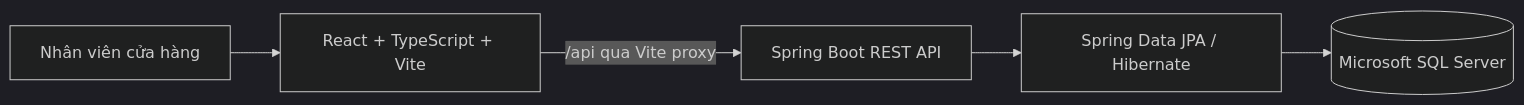
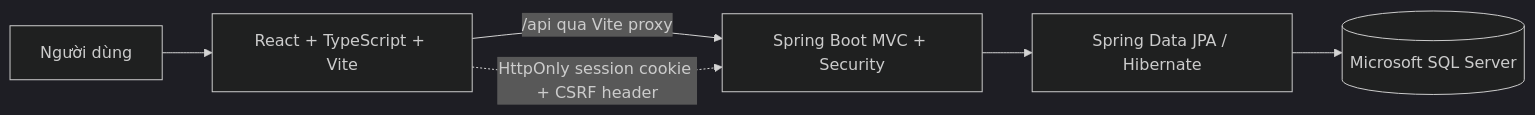
One commit to 23020717TranThuanVy/ShopSphere-E-commerce-Management-System changed the diagram in shopsphere/docs/system-architecture.md. Above: the diagram before and after it, drawn with Mermaid (dark theme). The commit also changed other lines of this file and 38 other files, not shown here.

````diff
--- a/shopsphere/docs/system-architecture.md
+++ b/shopsphere/docs/system-architecture.md
@@ -9,7 +9,8 @@
 ```mermaid
 flowchart LR
-  User[Nhân viên cửa hàng] --> FE[React + TypeScript + Vite]
-  FE -->|/api qua Vite proxy| API[Spring Boot REST API]
+  User[Người dùng] --> FE[React + TypeScript + Vite]
+  FE -->|/api qua Vite proxy| API[Spring Boot MVC + Security]
+  FE -. HttpOnly session cookie + CSRF header .-> API
   API --> JPA[Spring Data JPA / Hibernate]
   JPA --> DB[(Microsoft SQL Server)]
 ```
````
